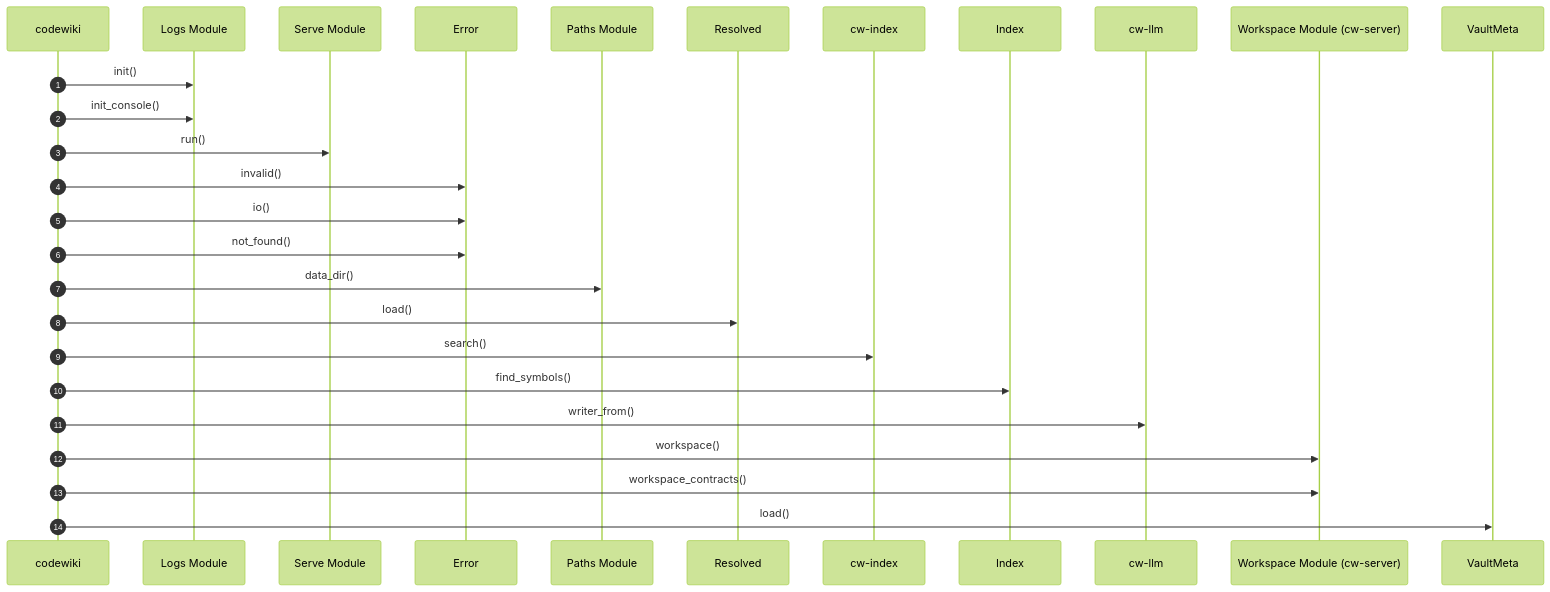
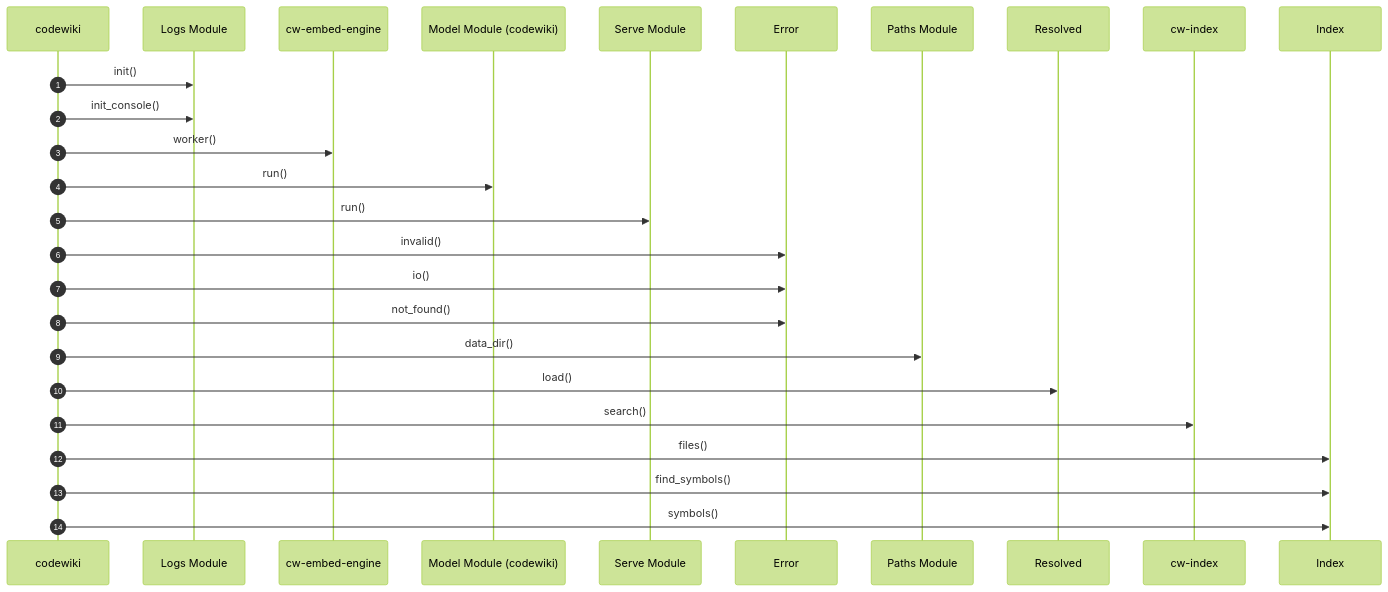
One commit to Fly-onlyone/CodeWiki changed the diagram in obsidian/00-Architecture/codewiki Startup Flow.md. Above: the diagram before and after it, drawn with Mermaid (forest theme). The commit also changed other lines of this file and 160 other files, not shown here.

````diff
--- a/obsidian/00-Architecture/codewiki Startup Flow.md
+++ b/obsidian/00-Architecture/codewiki Startup Flow.md
@@ -15,29 +15,28 @@
 ```mermaid
 sequenceDiagram
     autonumber
     participant p0 as codewiki
     participant p1 as Logs Module
-    participant p2 as Serve Module
-    participant p3 as Error
-    participant p4 as Paths Module
-    participant p5 as Resolved
-    participant p6 as cw-index
-    participant p7 as Index
-    participant p8 as cw-llm
-    participant p9 as Workspace Module (cw-server)
-    participant p10 as VaultMeta
+    participant p2 as cw-embed-engine
+    participant p3 as Model Module (codewiki)
+    participant p4 as Serve Module
+    participant p5 as Error
+    participant p6 as Paths Module
+    participant p7 as Resolved
+    participant p8 as cw-index
+    participant p9 as Index
     p0->>p1: init()
     p0->>p1: init_console()
-    p0->>p2: run()
-    p0->>p3: invalid()
-    p0->>p3: io()
-    p0->>p3: not_found()
-    p0->>p4: data_dir()
-    p0->>p5: load()
-    p0->>p6: search()
-    p0->>p7: find_symbols()
-    p0->>p8: writer_from()
-    p0->>p9: workspace()
-    p0->>p9: workspace_contracts()
-    p0->>p10: load()
+    p0->>p2: worker()
+    p0->>p3: run()
+    p0->>p4: run()
+    p0->>p5: invalid()
+    p0->>p5: io()
+    p0->>p5: not_found()
+    p0->>p6: data_dir()
+    p0->>p7: load()
+    p0->>p8: search()
+    p0->>p9: files()
+    p0->>p9: find_symbols()
+    p0->>p9: symbols()
 ```
````
